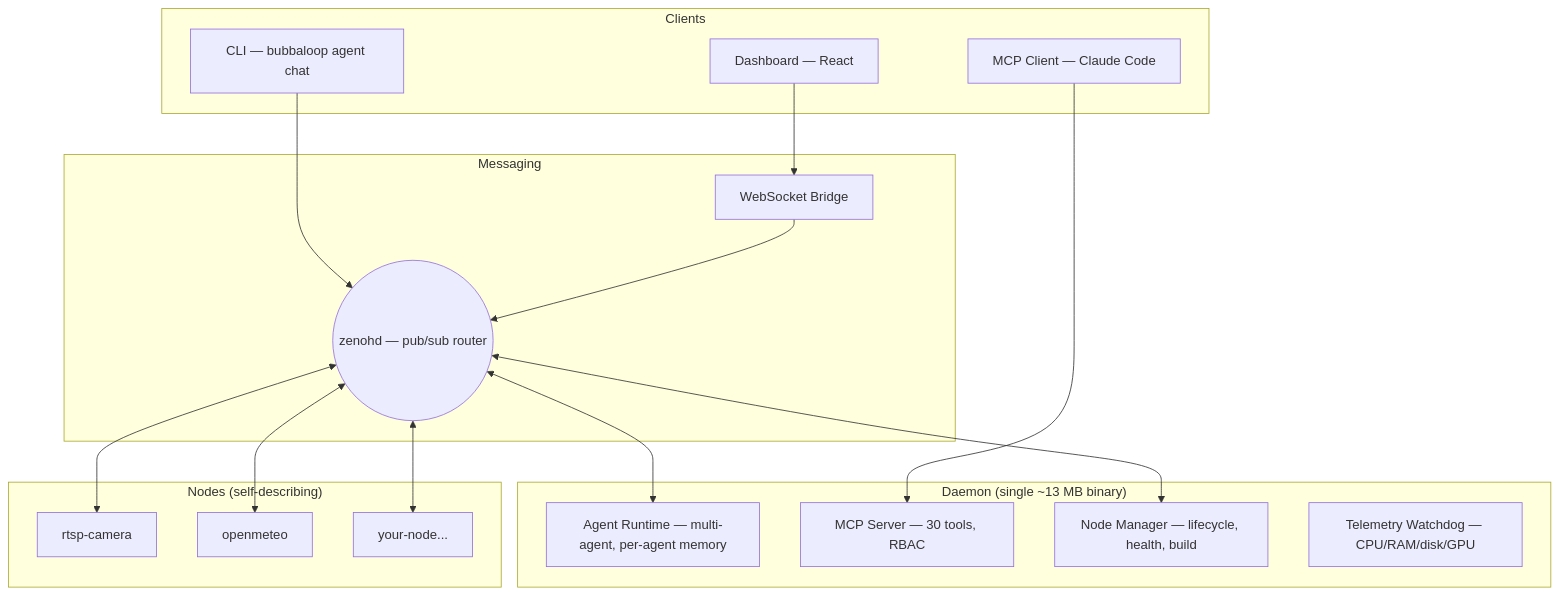
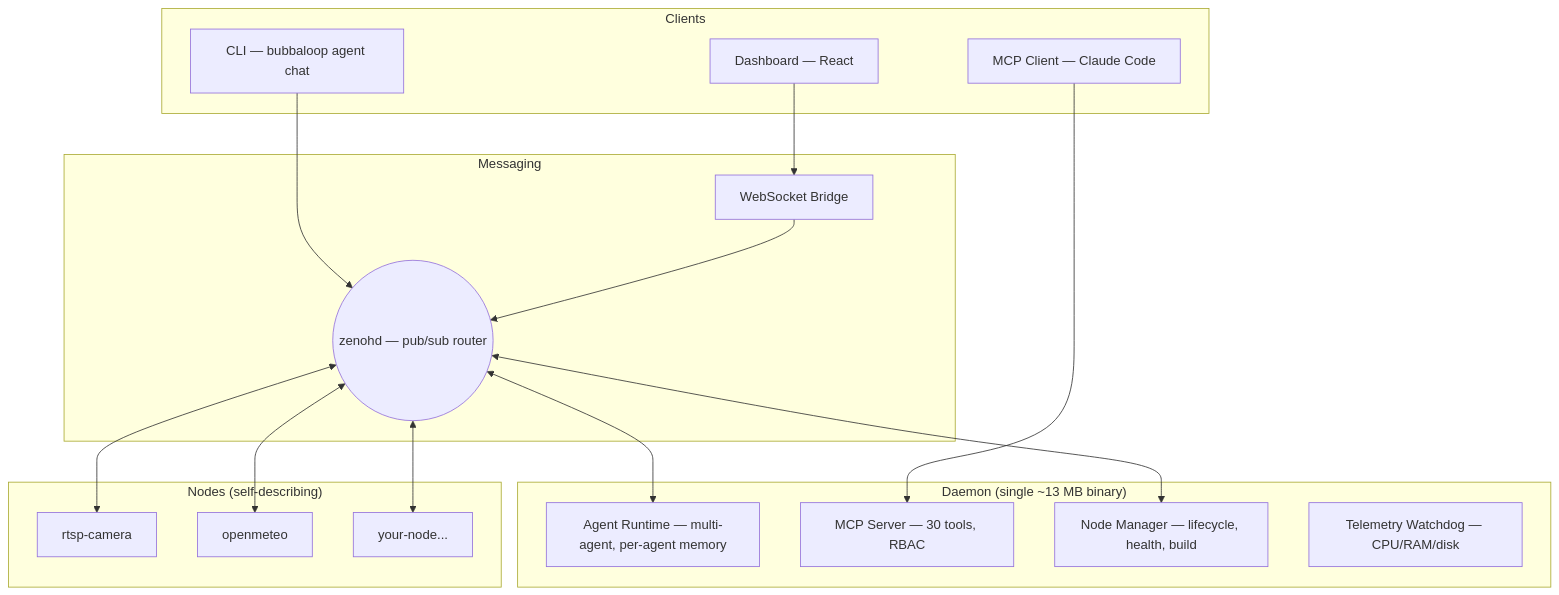
The diagram in docs/index.md (kornia/bubbaloop), drawn with Mermaid before and after one commit. The commit also changed other lines of this file and 9 other files, not shown here.

````diff
--- a/docs/index.md
+++ b/docs/index.md
@@ -94,35 +94,35 @@
 ```mermaid
 flowchart TB
     subgraph Clients
         cli["CLI — bubbaloop agent chat"]
         mcp_client["MCP Client — Claude Code"]
         dash["Dashboard — React"]
     end
 
     subgraph "Daemon (single ~13 MB binary)"
         runtime["Agent Runtime — multi-agent, per-agent memory"]
         mcp["MCP Server — 30 tools, RBAC"]
         nm["Node Manager — lifecycle, health, build"]
-        watchdog["Telemetry Watchdog — CPU/RAM/disk/GPU"]
+        watchdog["Telemetry Watchdog — CPU/RAM/disk"]
     end
 
     subgraph Messaging
         zenohd(("zenohd — pub/sub router"))
         bridge["WebSocket Bridge"]
     end
 
     subgraph "Nodes (self-describing)"
         cam["rtsp-camera"]
         weather["openmeteo"]
         custom["your-node..."]
     end
 
     cli --> zenohd
     mcp_client --> mcp
     dash --> bridge --> zenohd
     zenohd <--> runtime
     zenohd <--> nm
     zenohd <--> cam
     zenohd <--> weather
     zenohd <--> custom
 ```
````
